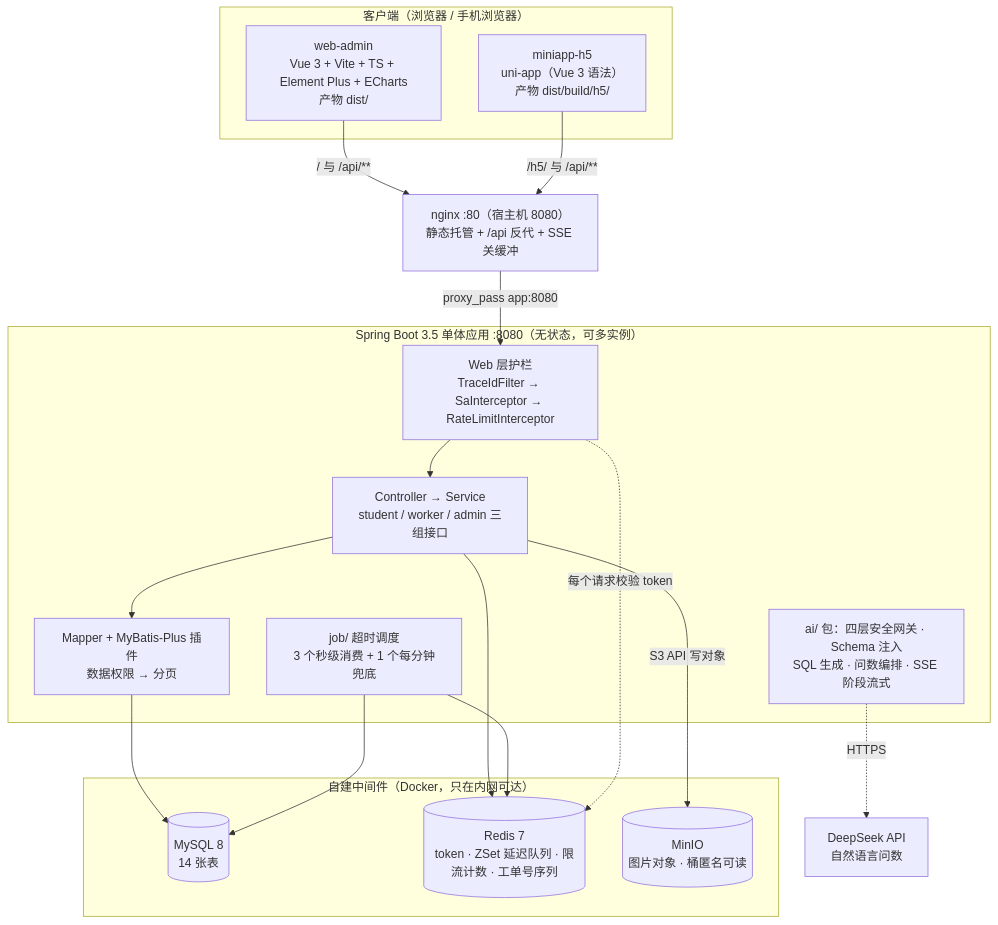
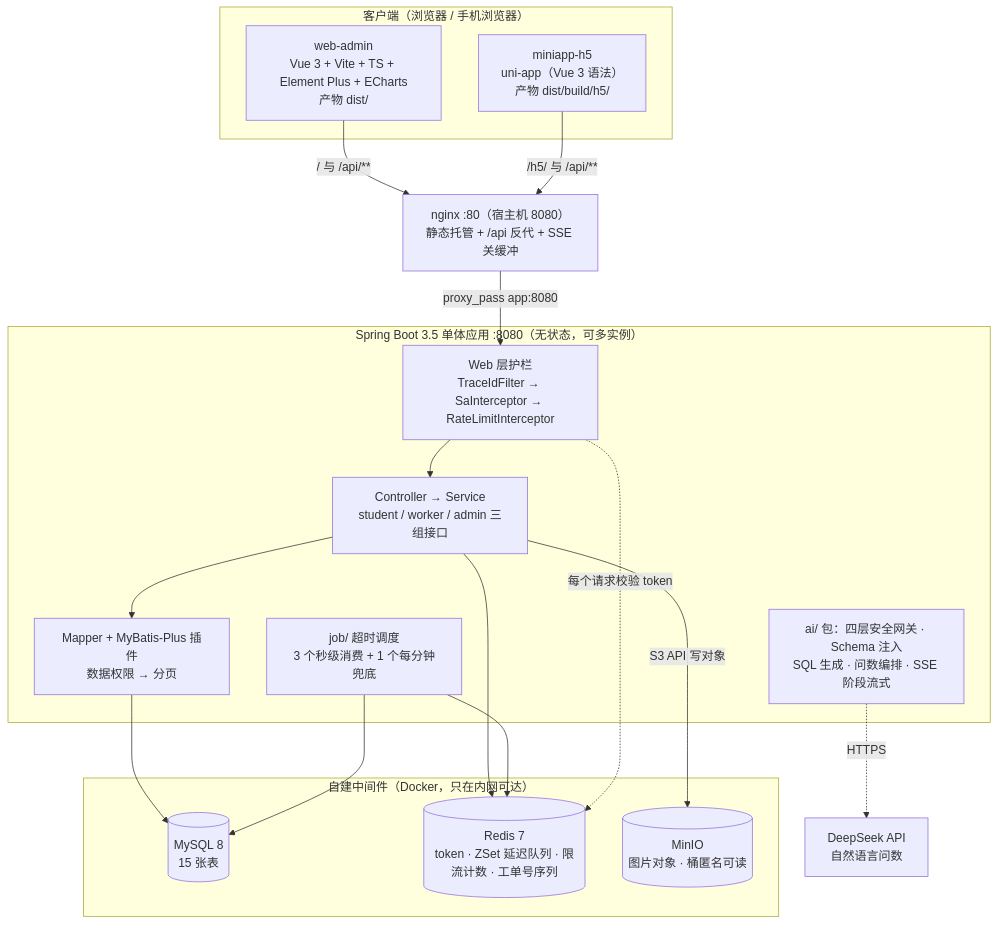
The second of 11 diagrams in docs/06-架构图.md (bluemalic/repair-platform), drawn with Mermaid before and after one commit. The commit also changed other lines of this file and 5 other files, not shown here.

````diff
--- a/docs/06-架构图.md
+++ b/docs/06-架构图.md
@@ -76,38 +76,38 @@
 ```mermaid
 flowchart TB
     subgraph client["客户端（浏览器 / 手机浏览器）"]
         adminApp["web-admin<br/>Vue 3 + Vite + TS + Element Plus + ECharts<br/>产物 dist/"]
         h5App["miniapp-h5<br/>uni-app（Vue 3 语法）<br/>产物 dist/build/h5/"]
     end
 
     nginx["nginx :80（宿主机 8080）<br/>静态托管 + /api 反代 + SSE 关缓冲"]
 
     subgraph boot["Spring Boot 3.5 单体应用 :8080（无状态，可多实例）"]
         guard["Web 层护栏<br/>TraceIdFilter → SaInterceptor → RateLimitInterceptor"]
         biz["Controller → Service<br/>student / worker / admin 三组接口"]
         orm["Mapper + MyBatis-Plus 插件<br/>数据权限 → 分页"]
         sched["job/ 超时调度<br/>3 个秒级消费 + 1 个每分钟兜底"]
         aiPkg["ai/ 包：四层安全网关 · Schema 注入<br/>SQL 生成 · 问数编排 · SSE 阶段流式"]
     end
 
     subgraph infra["自建中间件（Docker，只在内网可达）"]
-        mysql[("MySQL 8<br/>14 张表")]
+        mysql[("MySQL 8<br/>15 张表")]
         redis[("Redis 7<br/>token · ZSet 延迟队列 · 限流计数 · 工单号序列")]
         minio[("MinIO<br/>图片对象 · 桶匿名可读")]
     end
 
     deepseek["DeepSeek API<br/>自然语言问数"]
 
     adminApp -->|"/ 与 /api/**"| nginx
     h5App -->|"/h5/ 与 /api/**"| nginx
     nginx -->|"proxy_pass app:8080"| guard
     guard --> biz
     biz --> orm
     orm --> mysql
     biz --> redis
     biz -->|"S3 API 写对象"| minio
     sched --> redis
     sched --> mysql
     guard -.->|"每个请求校验 token"| redis
     aiPkg -.->|"HTTPS"| deepseek
 ```
````
